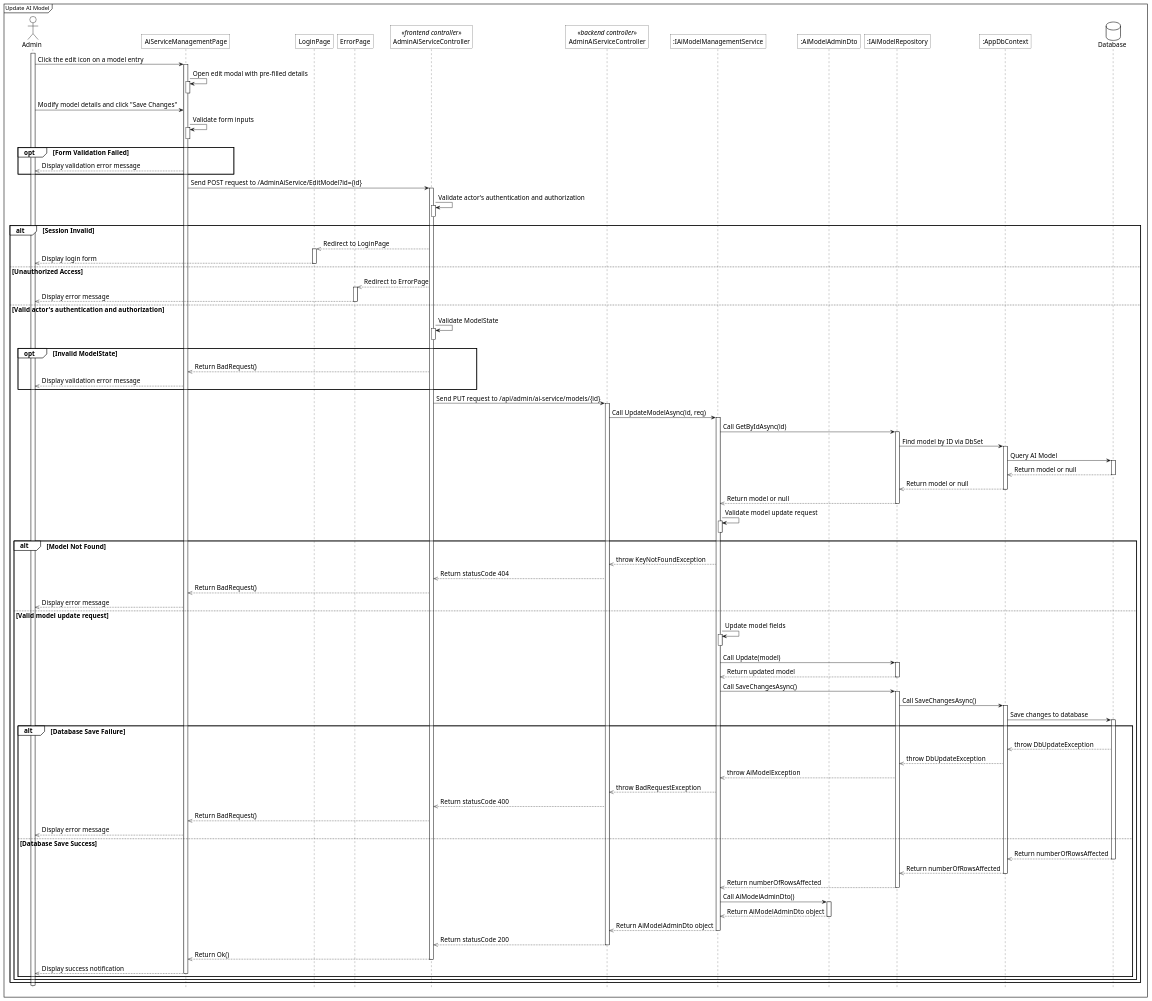
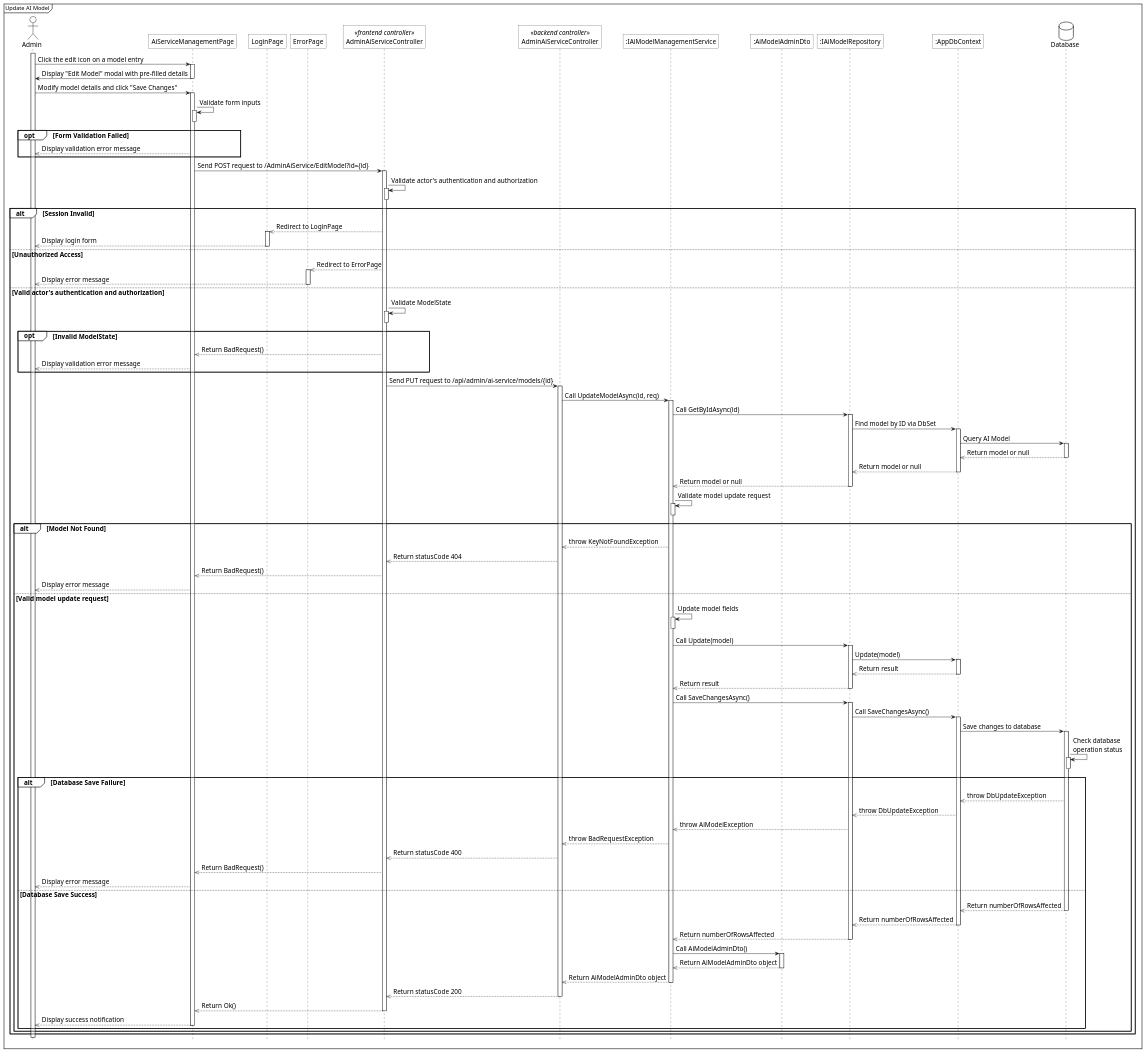
Before and after one commit to 1000do/Linked: the diagram in diagrams/sequence/models/update_ai_model/sq_update_ai_model.plantuml, drawn with PlantUML. The commit also changed 22 other files, not shown here.

Commit message:
update sequence of report, models, publish course

```diff
--- a/diagrams/sequence/models/update_ai_model/sq_update_ai_model.plantuml
+++ b/diagrams/sequence/models/update_ai_model/sq_update_ai_model.plantuml
@@ -1,140 +1,142 @@
 @startuml
 <style>
     sequenceDiagram{
         FontSize 16
 
         arrow {
             ' Set the maximum width of the text on arrows
             MaximumWidth 300
 
         }
         actor{
             BackgroundColor white
             LineThickness 1.0
         }
         participant{
             BackgroundColor white
             RoundCorner 0
         }
         database{
             BackgroundColor white
         }
         groupHeader{
             BackgroundColor white
         }
         referenceHeader{
             BackgroundColor white
         }
         reference{
             BackgroundColor white
         }
     }
 </style>
 
 hide footbox
 
 mainframe Update AI Model
 
 actor Admin as act
 participant "AiServiceManagementPage" as view
 participant "LoginPage" as login_view
 participant "ErrorPage" as error_view
 participant "AdminAiServiceController" as fe_ctrl <<frontend controller>>
 participant "AdminAiServiceController" as be_ctrl <<backend controller>>
 participant ":IAiModelManagementService" as sv
 participant ":AiModelAdminDto" as res
 participant ":IAiModelRepository" as repo
 participant ":AppDbContext" as ctx
 database Database as db
 
 act ++
 act -> view++: Click the edit icon on a model entry
-view -> view++: Open edit modal with pre-filled details
-view--
-act -> view: Modify model details and click "Save Changes"
+view -> act--: Display "Edit Model" modal with pre-filled details
+act -> view++: Modify model details and click "Save Changes"
 
 
 
 view -> view++: Validate form inputs
 view--
 
 opt Form Validation Failed
     view -->> act: Display validation error message
 end
 
 view -> fe_ctrl++: Send POST request to /AdminAiService/EditModel?id={id}
 
 fe_ctrl -> fe_ctrl++: Validate actor's authentication and authorization
 fe_ctrl--
 
 alt Session Invalid
     fe_ctrl -->> login_view: Redirect to LoginPage
     activate login_view
     login_view -->> act--: Display login form
 else Unauthorized Access
     fe_ctrl -->> error_view: Redirect to ErrorPage
     activate error_view
     error_view -->> act--: Display error message
 else Valid actor's authentication and authorization
     fe_ctrl -> fe_ctrl++: Validate ModelState
     fe_ctrl--
 
     opt Invalid ModelState
         fe_ctrl -->> view: Return BadRequest()
         view -->> act: Display validation error message
     end
     fe_ctrl -> be_ctrl++: Send PUT request to /api/admin/ai-service/models/{id}
     
     be_ctrl -> sv++: Call UpdateModelAsync(id, req)
     
     sv -> repo++: Call GetByIdAsync(id)
     repo -> ctx++: Find model by ID via DbSet
     ctx -> db++: Query AI Model
     db -->> ctx--: Return model or null
     ctx -->> repo--: Return model or null
     repo -->> sv--: Return model or null
     
     sv -> sv++: Validate model update request
     sv--
     
     alt Model Not Found
         sv -->> be_ctrl: throw KeyNotFoundException
         be_ctrl -->> fe_ctrl: Return statusCode 404
         fe_ctrl -->> view: Return BadRequest()
         view -->> act: Display error message
     else Valid model update request
         sv -> sv++: Update model fields
         sv--
         
         sv -> repo++: Call Update(model)
-        repo -->> sv--: Return updated model
+        repo -> ctx++: Update(model)
+        ctx-->>repo--: Return result
+        repo -->> sv--: Return result
         
         sv -> repo++: Call SaveChangesAsync()
         repo -> ctx++: Call SaveChangesAsync()
         ctx -> db++: Save changes to database
-        
+        db -> db++: Check database\noperation status
+        db--
         alt Database Save Failure
             db -->> ctx: throw DbUpdateException
             ctx -->> repo: throw DbUpdateException
             repo -->> sv: throw AiModelException
             sv -->> be_ctrl: throw BadRequestException
             be_ctrl -->> fe_ctrl: Return statusCode 400
             fe_ctrl -->> view: Return BadRequest()
             view -->> act: Display error message
         else Database Save Success
             db -->> ctx--: Return numberOfRowsAffected
             ctx -->> repo--: Return numberOfRowsAffected
             repo -->> sv--: Return numberOfRowsAffected
             
             sv -> res++: Call AiModelAdminDto()
             res -->> sv--: Return AiModelAdminDto object
             
             sv -->> be_ctrl--: Return AiModelAdminDto object
             be_ctrl -->> fe_ctrl--: Return statusCode 200
             fe_ctrl -->> view--: Return Ok()
             view -->> act--: Display success notification
         end
     end
 end
 
 @enduml
```
